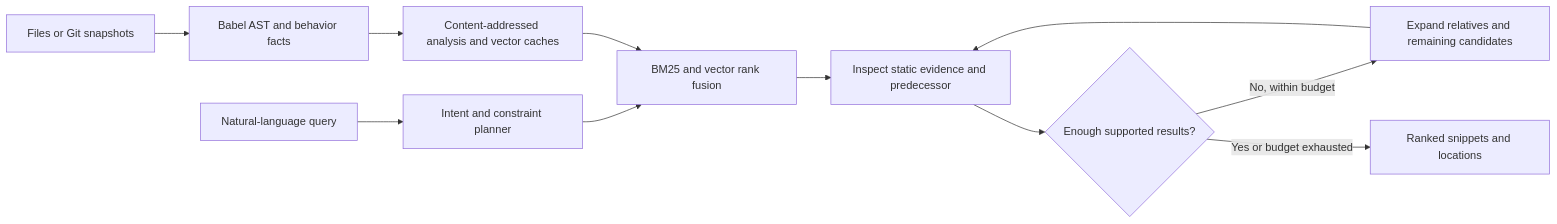
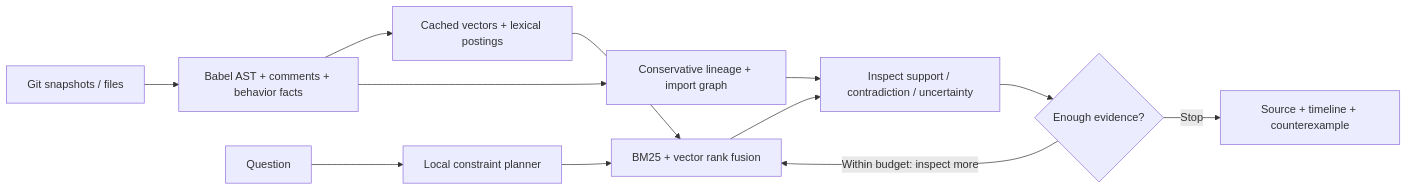
One commit to AdvayV/AgenticIntelligence changed the diagram in README.md. Above: the diagram before and after it, drawn with Mermaid. The commit also changed other lines of this file and 11 other files, not shown here.

````diff
--- a/README.md
+++ b/README.md
@@ -76,13 +65,14 @@
 ```mermaid
 flowchart LR
-    S[Files or Git snapshots] --> A[Babel AST and behavior facts]
-    A --> C[Content-addressed analysis and vector caches]
-    Q[Natural-language query] --> P[Intent and constraint planner]
-    P --> H[BM25 and vector rank fusion]
-    C --> H
-    H --> I[Inspect static evidence and predecessor]
-    I --> D{Enough supported results?}
-    D -->|No, within budget| R[Expand relatives and remaining candidates]
-    R --> I
-    D -->|Yes or budget exhausted| O[Ranked snippets and locations]
+  G[Git snapshots / files] --> A[Babel AST + comments + behavior facts]
+  A --> I[Cached vectors + lexical postings]
+  A --> V[Conservative lineage + import graph]
+  Q[Question] --> P[Local constraint planner]
+  P --> R[BM25 + vector rank fusion]
+  I --> R
+  R --> E[Inspect support / contradiction / uncertainty]
+  V --> E
+  E --> D{Enough evidence?}
+  D -->|Within budget: inspect more| R
+  D -->|Stop| O[Source + timeline + counterexample]
 ```
````
